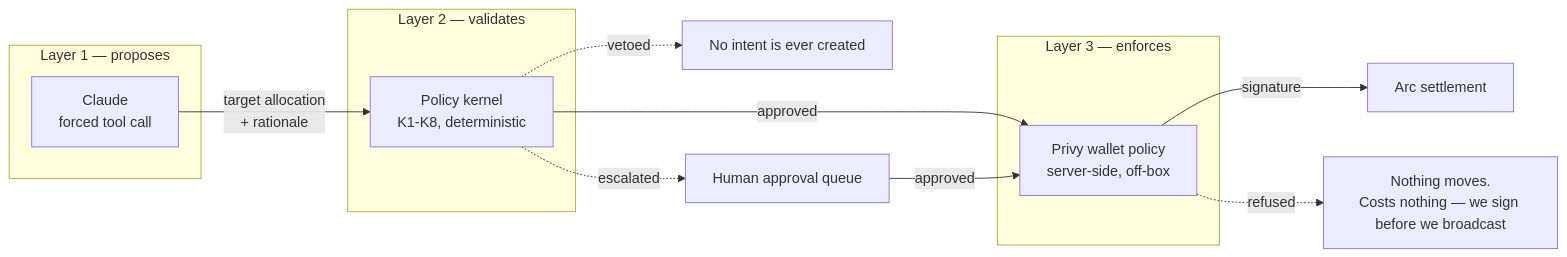
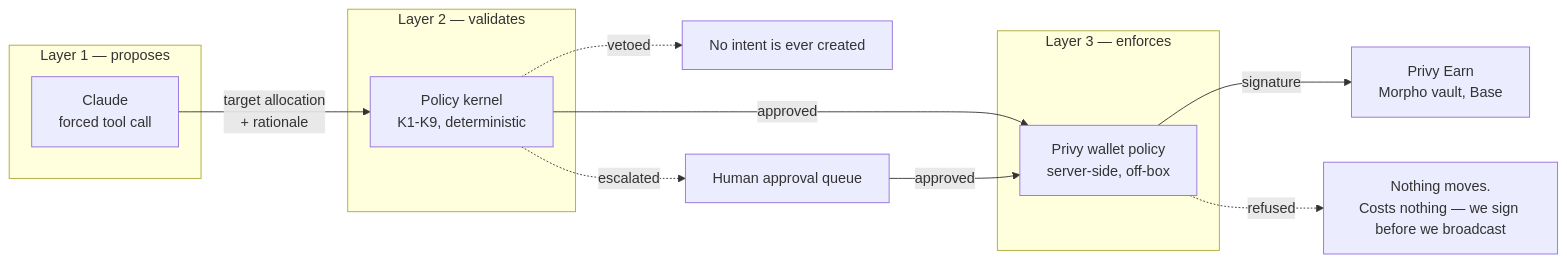
One commit to PhantomOz/idle-capital changed the first of 5 diagrams in docs/architecture.md. Above: the diagram before and after it, drawn with Mermaid. The commit also changed other lines of this file and 2 other files, not shown here.

````diff
--- a/docs/architecture.md
+++ b/docs/architecture.md
@@ -33,20 +33,20 @@
 ```mermaid
 flowchart LR
     subgraph L1["Layer 1 — proposes"]
         A["Claude<br/>forced tool call"]
     end
     subgraph L2["Layer 2 — validates"]
-        K["Policy kernel<br/>K1-K8, deterministic"]
+        K["Policy kernel<br/>K1-K9, deterministic"]
     end
     subgraph L3["Layer 3 — enforces"]
         P["Privy wallet policy<br/>server-side, off-box"]
     end
 
     A -->|"target allocation<br/>+ rationale"| K
     K -->|approved| P
     K -.->|vetoed| X["No intent is ever created"]
     K -.->|escalated| H["Human approval queue"]
     H -->|approved| P
-    P -->|signature| ARC["Arc settlement"]
+    P -->|signature| ARC["Privy Earn<br/>Morpho vault, Base"]
     P -.->|refused| Y["Nothing moves.<br/>Costs nothing — we sign before we broadcast"]
 ```
````
